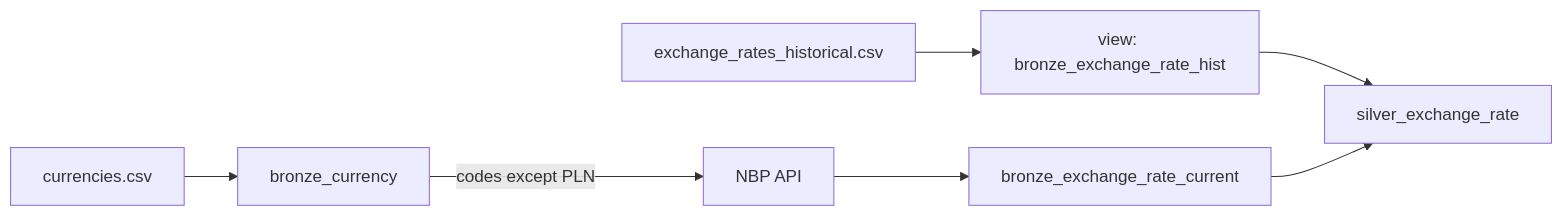
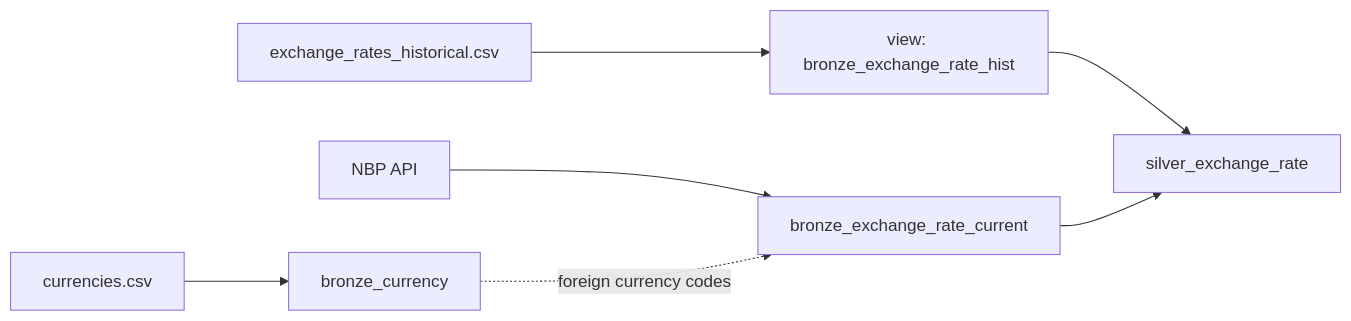
Before and after one commit to corinat/poc_databricks_updated: the diagram in src/flow01/README.md, drawn with Mermaid. The commit also changed other lines of this file, not shown here.

````diff
--- a/src/flow01/README.md
+++ b/src/flow01/README.md
@@ -18,9 +20,9 @@
 ```mermaid
 flowchart LR
     CSV1[currencies.csv] --> B1[bronze_currency]
     CSV2[exchange_rates_historical.csv] --> V1[view: bronze_exchange_rate_hist]
-    B1 -->|codes except PLN| API[NBP API]
-    API --> B2[bronze_exchange_rate_current]
+    API[NBP API] --> B2[bronze_exchange_rate_current]
+    B1 -.->|foreign currency codes| B2
     V1 --> S1[silver_exchange_rate]
     B2 --> S1
 ```
````
